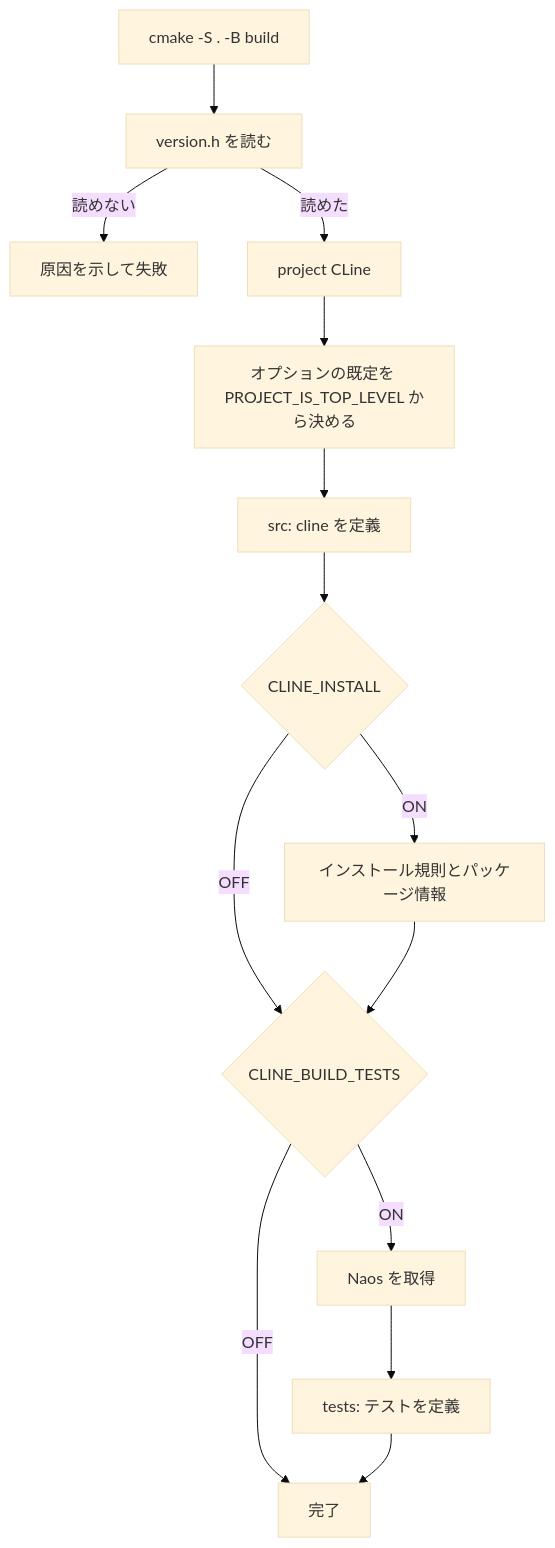
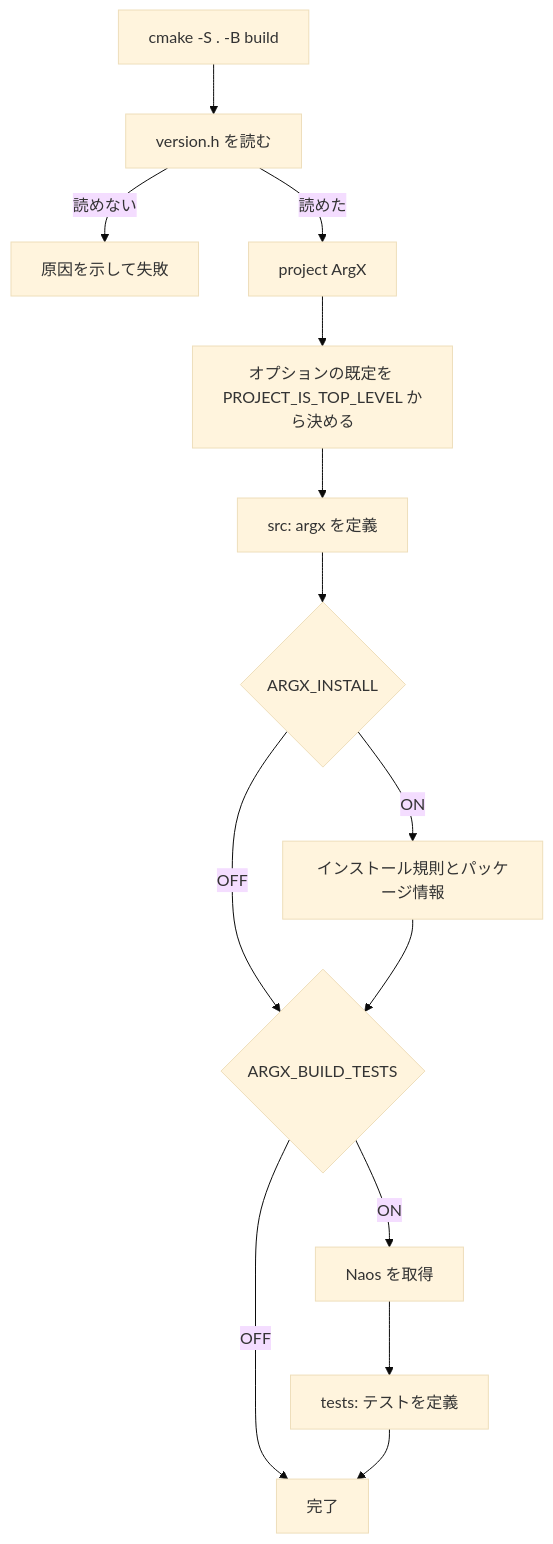
Before and after one commit to ktdevx/cargs: the second of 3 diagrams in .kiro/specs/build-foundation/design.md, drawn with Mermaid (base theme). The commit also changed other lines of this file and 177 other files, not shown here.

First line of the commit message:
Rename project from CLine to ArgX

````diff
--- a/.kiro/specs/build-foundation/design.md
+++ b/.kiro/specs/build-foundation/design.md
@@ -184,16 +184,16 @@
 ```mermaid
 flowchart TD
     Start[cmake -S . -B build] --> ReadVersion[version.h を読む]
     ReadVersion -->|読めない| FailVersion[原因を示して失敗]
-    ReadVersion -->|読めた| Project[project CLine]
+    ReadVersion -->|読めた| Project[project ArgX]
     Project --> Options[オプションの既定を PROJECT_IS_TOP_LEVEL から決める]
-    Options --> Lib[src: cline を定義]
-    Lib --> InstallQ{CLINE_INSTALL}
+    Options --> Lib[src: argx を定義]
+    Lib --> InstallQ{ARGX_INSTALL}
     InstallQ -->|ON| InstallRules[インストール規則とパッケージ情報]
     InstallQ -->|OFF| TestsQ
-    InstallRules --> TestsQ{CLINE_BUILD_TESTS}
+    InstallRules --> TestsQ{ARGX_BUILD_TESTS}
     TestsQ -->|ON| FetchNaos[Naos を取得]
     FetchNaos --> AddTests[tests: テストを定義]
     TestsQ -->|OFF| Done[完了]
     AddTests --> Done
 ```
````
